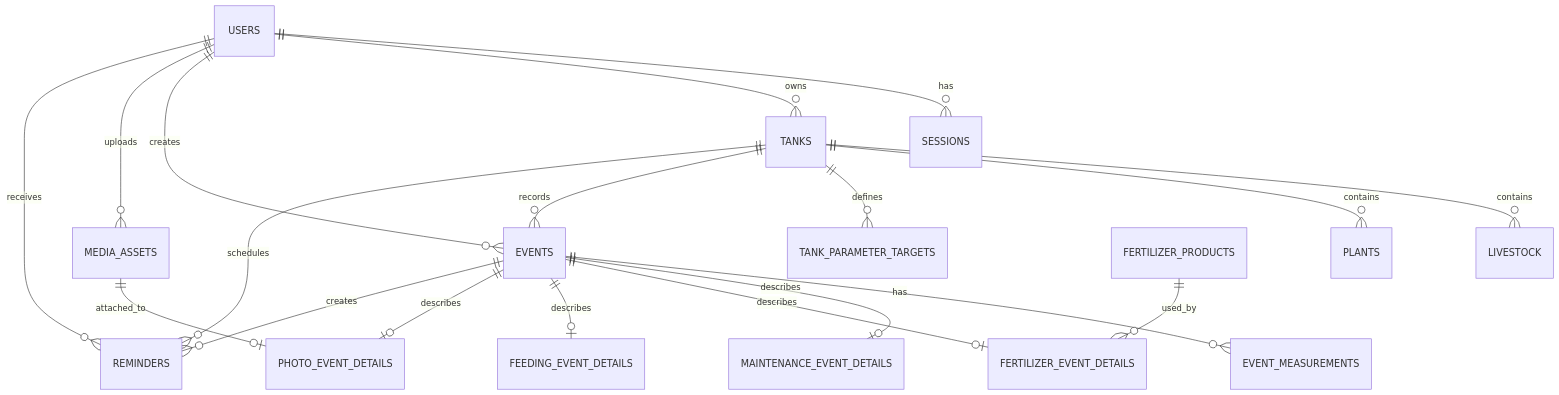
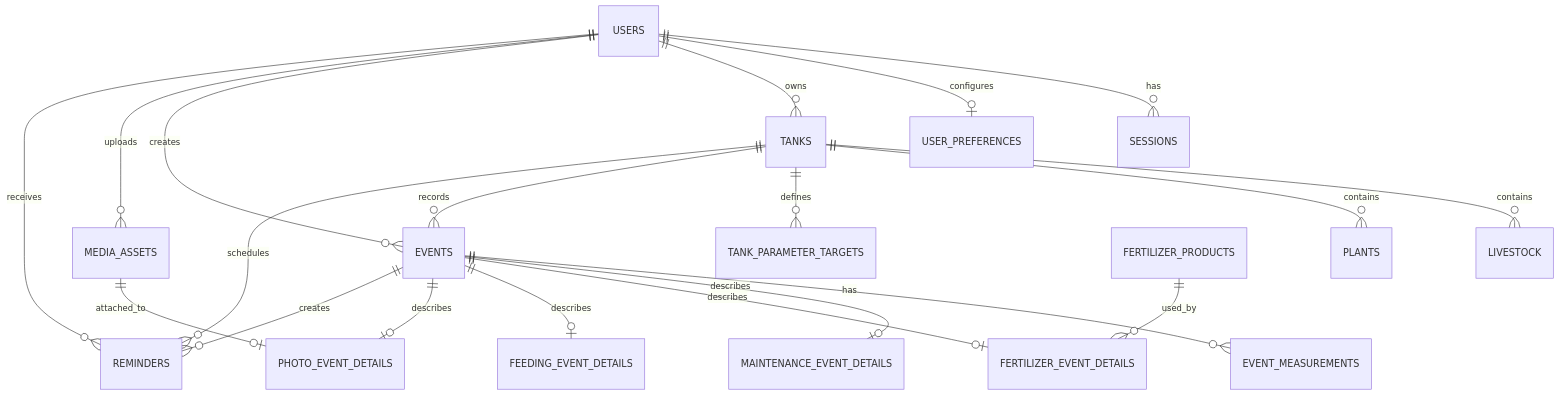
One commit to williampburch/AquaOps changed the diagram in docs/erd.md. Above: the diagram before and after it, drawn with Mermaid. The commit also changed other lines of this file and 4 other files, not shown here.

````diff
--- a/docs/erd.md
+++ b/docs/erd.md
@@ -3,24 +3,25 @@
 ```mermaid
 erDiagram
   USERS ||--o{ SESSIONS : has
+  USERS ||--o| USER_PREFERENCES : configures
   USERS ||--o{ TANKS : owns
   USERS ||--o{ EVENTS : creates
   USERS ||--o{ MEDIA_ASSETS : uploads
   USERS ||--o{ REMINDERS : receives
 
   TANKS ||--o{ LIVESTOCK : contains
   TANKS ||--o{ PLANTS : contains
   TANKS ||--o{ TANK_PARAMETER_TARGETS : defines
   TANKS ||--o{ EVENTS : records
   TANKS ||--o{ REMINDERS : schedules
 
   EVENTS ||--o{ EVENT_MEASUREMENTS : has
   EVENTS ||--o| MAINTENANCE_EVENT_DETAILS : describes
   EVENTS ||--o| FERTILIZER_EVENT_DETAILS : describes
   EVENTS ||--o| FEEDING_EVENT_DETAILS : describes
   EVENTS ||--o| PHOTO_EVENT_DETAILS : describes
   EVENTS ||--o{ REMINDERS : creates
 
   FERTILIZER_PRODUCTS ||--o{ FERTILIZER_EVENT_DETAILS : used_by
   MEDIA_ASSETS ||--o| PHOTO_EVENT_DETAILS : attached_to
 ```
````
